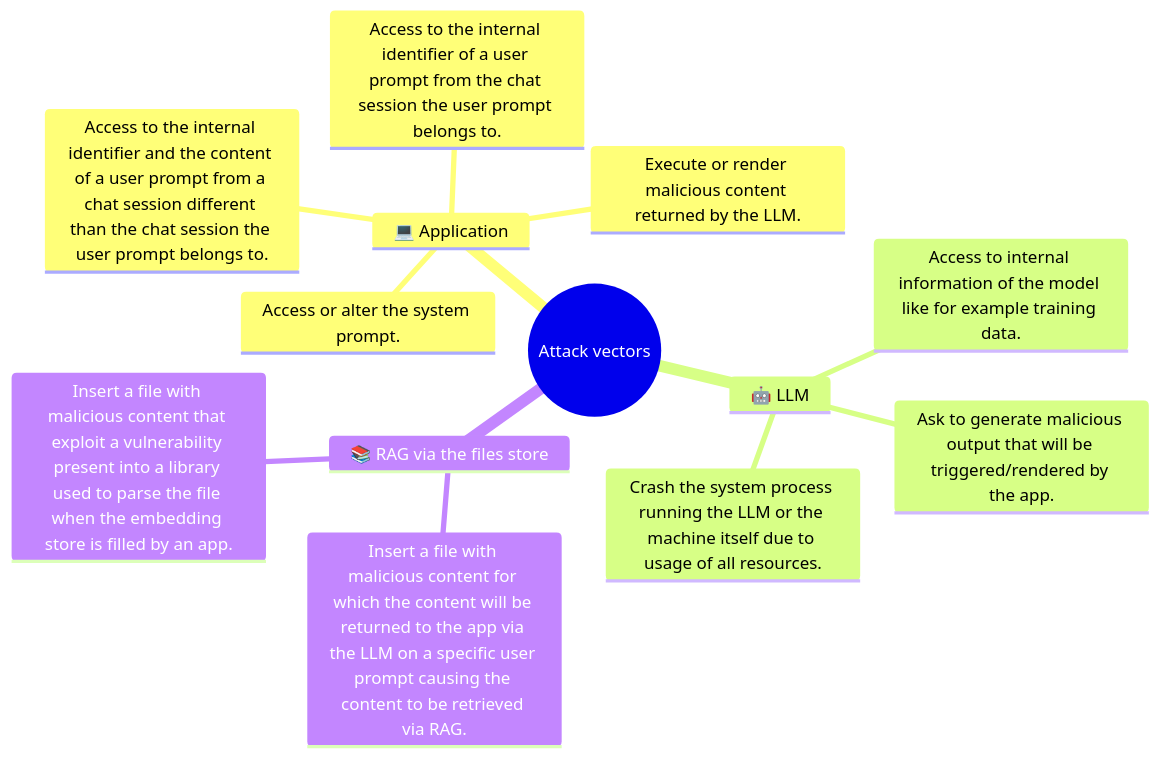
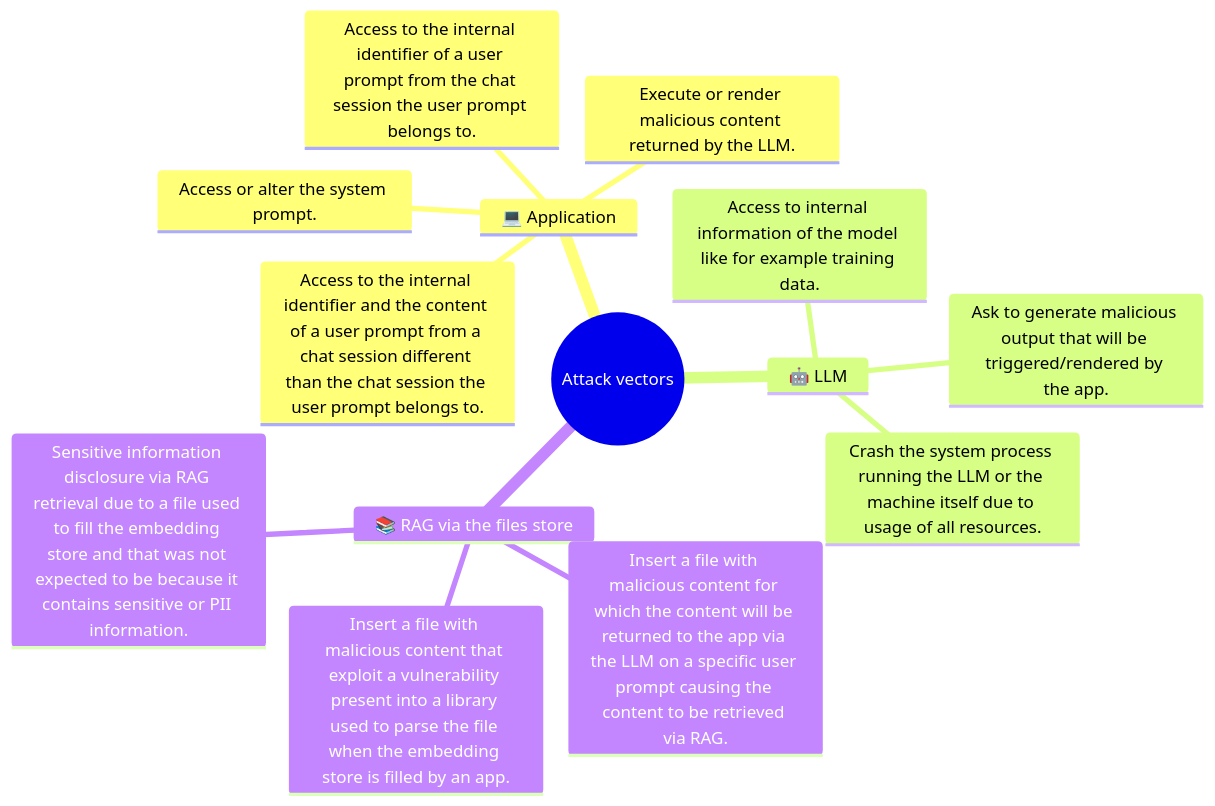
One commit to righettod/poc-llm changed the diagram in README.md. Above: the diagram before and after it, drawn with Mermaid. The commit also changed other lines of this file and 3 other files, not shown here.

````diff
--- a/README.md
+++ b/README.md
@@ -47,16 +47,17 @@
 ```mermaid
 mindmap
   root((Attack vectors))
     💻 Application
         Access or alter the system prompt.
         Execute or render malicious content returned by the LLM.
         Access to the internal identifier of a user prompt from the chat session the user prompt belongs to.
         Access to the internal identifier and the content of a user prompt from a chat session different than the chat session the user prompt belongs to.
     🤖 LLM
         Access to internal information of the model like for example training data.
         Ask to generate malicious output that will be triggered/rendered by the app.
         Crash the system process running the LLM or the machine itself due to usage of all resources.
     📚 RAG via the files store
         Insert a file with malicious content for which the content will be returned to the app via the LLM on a specific user prompt causing the content to be retrieved via RAG.
         Insert a file with malicious content that exploit a vulnerability present into a library used to parse the file when the embedding store is filled by an app.
+        Sensitive information disclosure via RAG retrieval due to a file used to fill the embedding store and that was not expected to be because it contains sensitive or PII information.
 ```
````
